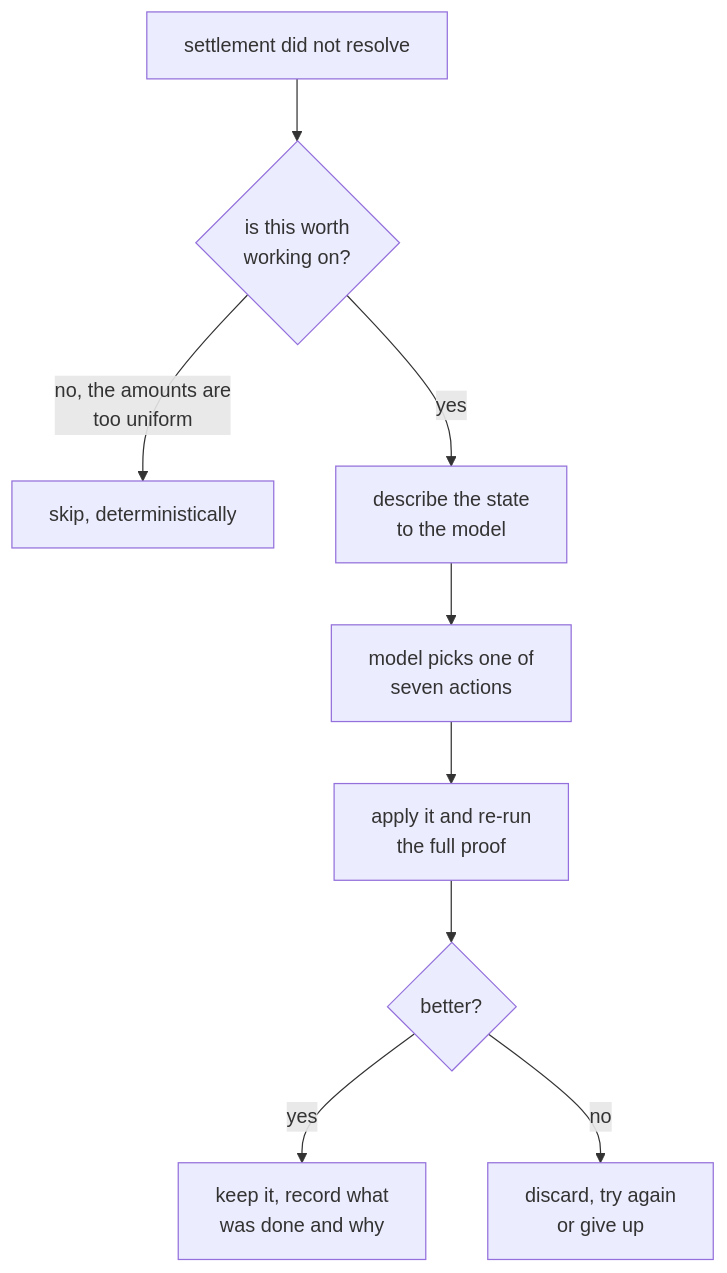
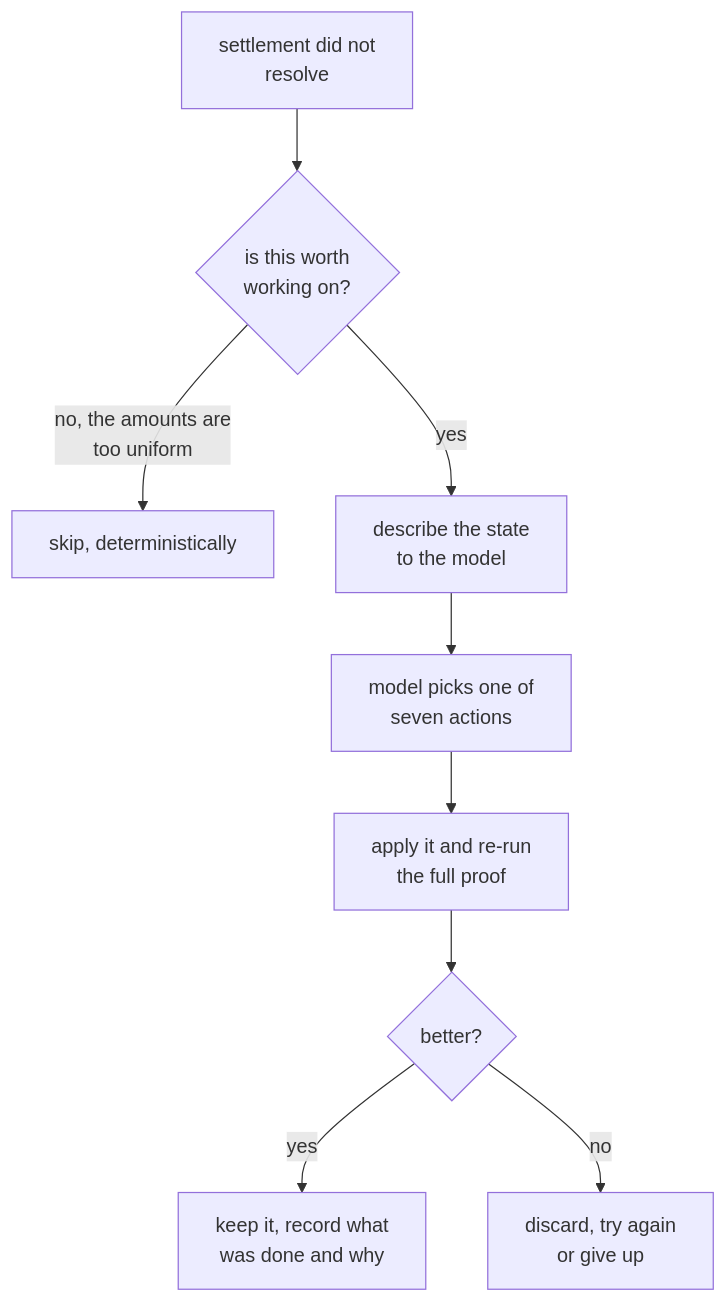
Before and after one commit to Rishi0507/Manhattan: the diagram in docs/diagrams/explain-3.mmd, drawn with Mermaid. The commit also changed 8 other files, not shown here.

Commit message:
keep every mermaid label line inside the wrapping width

```diff
--- a/docs/diagrams/explain-3.mmd
+++ b/docs/diagrams/explain-3.mmd
@@ -1,9 +1,9 @@
 flowchart TB
-  F["settlement did not resolve"] --> T{"is this worth<br/>working on?"}
+  F["settlement did not<br/>resolve"] --> T{"is this worth<br/>working on?"}
   T -->|"no, the amounts are<br/>too uniform"| SK["skip, deterministically"]
   T -->|yes| O["describe the state<br/>to the model"]
   O --> A["model picks one of<br/>seven actions"]
   A --> AP["apply it and re-run<br/>the full proof"]
   AP --> C{"better?"}
   C -->|yes| K["keep it, record what<br/>was done and why"]
   C -->|no| B["discard, try again<br/>or give up"]
```
